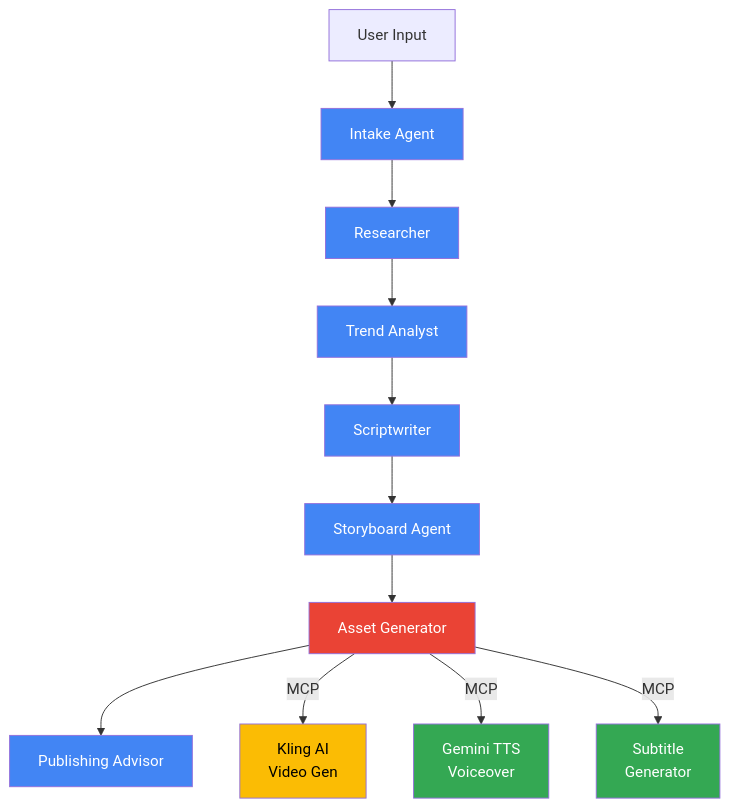
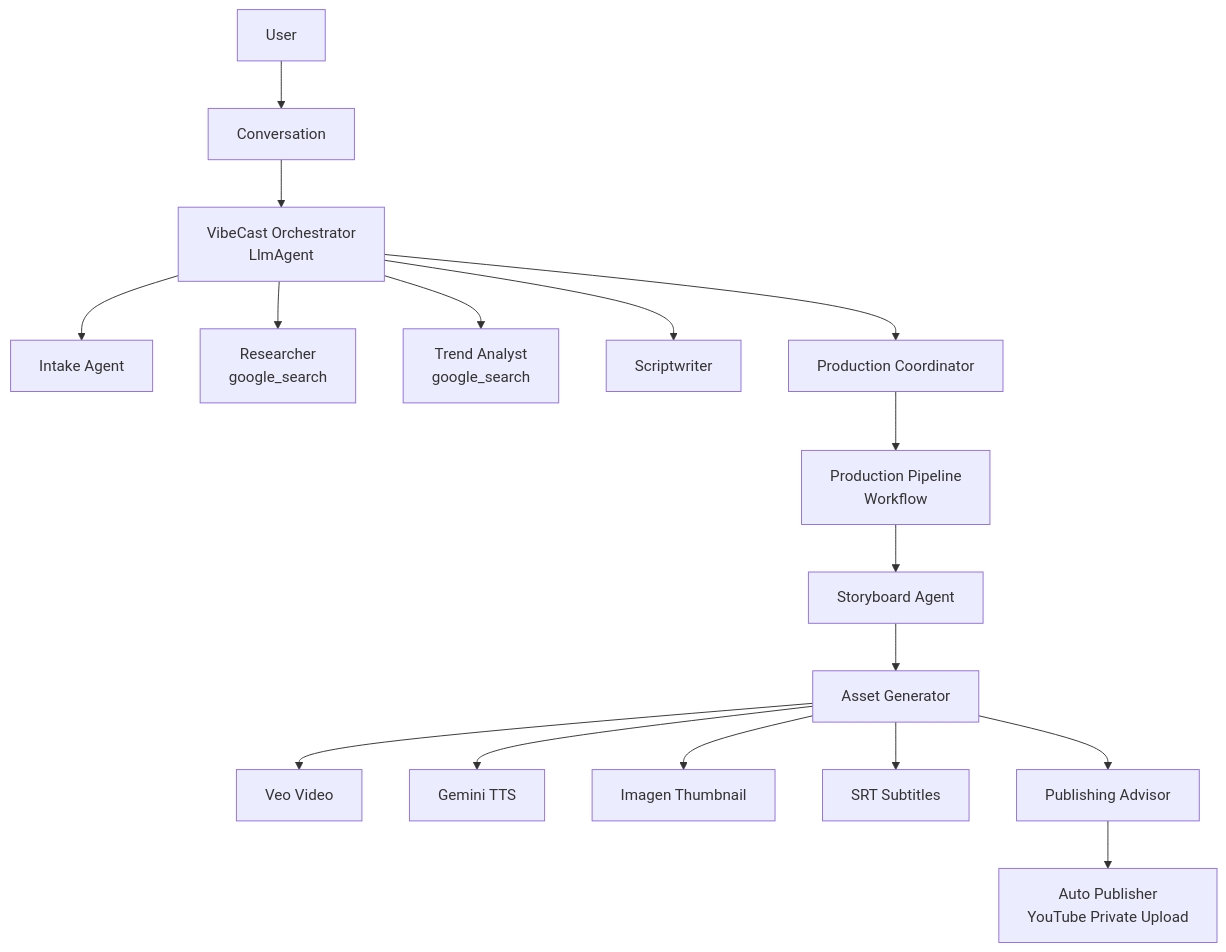
Before and after one commit to CM71103/VibeCast: the diagram in README.md, drawn with Mermaid. The commit also changed other lines of this file and 27 other files, not shown here.

First line of the commit message:
Hackathon-ready: architecture cleanup, security hardening, README overhaul

````diff
--- a/README.md
+++ b/README.md
@@ -10,25 +20,19 @@
 ```mermaid
 graph TD
-    U[User Input] --> I[Intake Agent]
-    I --> R[Researcher]
-    R --> T[Trend Analyst]
-    T --> S[Scriptwriter]
-    S --> SB[Storyboard Agent]
+    U[User] --> C[Conversation]
+    C --> O[VibeCast Orchestrator<br/>LlmAgent]
+    O --> I[Intake Agent]
+    O --> R[Researcher<br/>google_search]
+    O --> T[Trend Analyst<br/>google_search]
+    O --> S[Scriptwriter]
+    O --> PC[Production Coordinator]
+    PC --> P[Production Pipeline<br/>Workflow]
+    P --> SB[Storyboard Agent]
     SB --> AG[Asset Generator]
-    AG --> P[Publishing Advisor]
-    
-    AG -->|MCP| K[Kling AI<br/>Video Gen]
-    AG -->|MCP| G[Gemini TTS<br/>Voiceover]
-    AG -->|MCP| SUB[Subtitle<br/>Generator]
-    
-    style I fill:#4285F4,color:#fff
-    style R fill:#4285F4,color:#fff
-    style T fill:#4285F4,color:#fff
-    style S fill:#4285F4,color:#fff
-    style SB fill:#4285F4,color:#fff
-    style AG fill:#EA4335,color:#fff
-    style P fill:#4285F4,color:#fff
-    style K fill:#FBBC04,color:#000
-    style G fill:#34A853,color:#fff
-    style SUB fill:#34A853,color:#fff
+    AG --> V[Veo Video]
+    AG --> A[Gemini TTS]
+    AG --> TH[Imagen Thumbnail]
+    AG --> SUB[SRT Subtitles]
+    AG --> PUB[Publishing Advisor]
+    PUB --> YT[Auto Publisher<br/>YouTube Private Upload]
 ```
````
